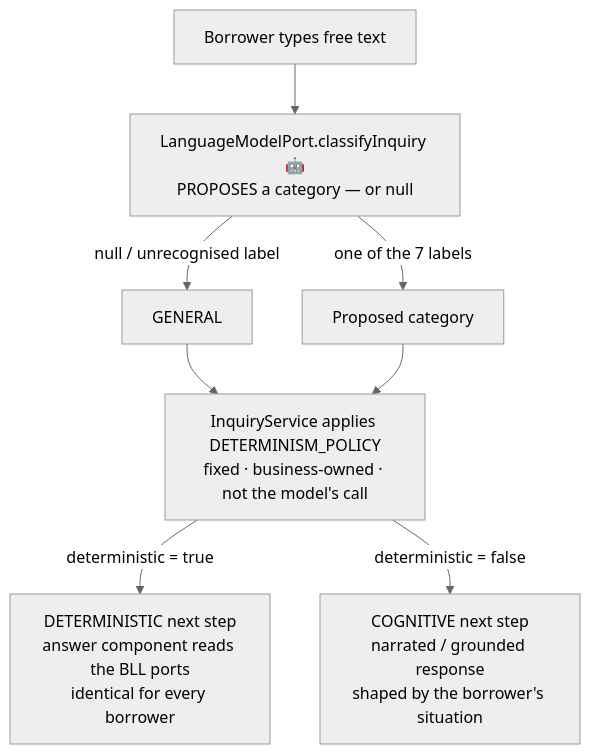
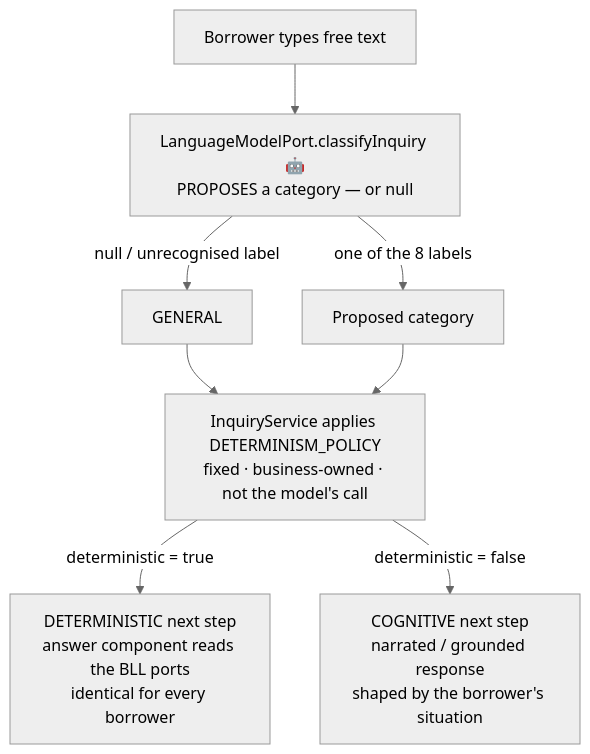
The third of 3 diagrams in documentation/application_workflows.md (antongeorgescu/poc-plus-hexagonal-architecture), drawn with Mermaid (neutral theme) before and after one commit. The commit also changed other lines of this file and 9 other files, not shown here.

````diff
--- a/documentation/application_workflows.md
+++ b/documentation/application_workflows.md
@@ -186,10 +186,10 @@
 ```mermaid
 flowchart TD
     Q["Borrower types free text"] --> M["LanguageModelPort.classifyInquiry 🤖<br/>PROPOSES a category — or null"]
     M -->|"null / unrecognised label"| G["GENERAL"]
-    M -->|"one of the 7 labels"| C["Proposed category"]
+    M -->|"one of the 8 labels"| C["Proposed category"]
     G --> P
     C --> P["InquiryService applies DETERMINISM_POLICY<br/>fixed · business-owned · not the model's call"]
     P -->|"deterministic = true"| DET["DETERMINISTIC next step<br/>answer component reads the BLL ports<br/>identical for every borrower"]
     P -->|"deterministic = false"| COG["COGNITIVE next step<br/>narrated / grounded response<br/>shaped by the borrower's situation"]
 ```
````
